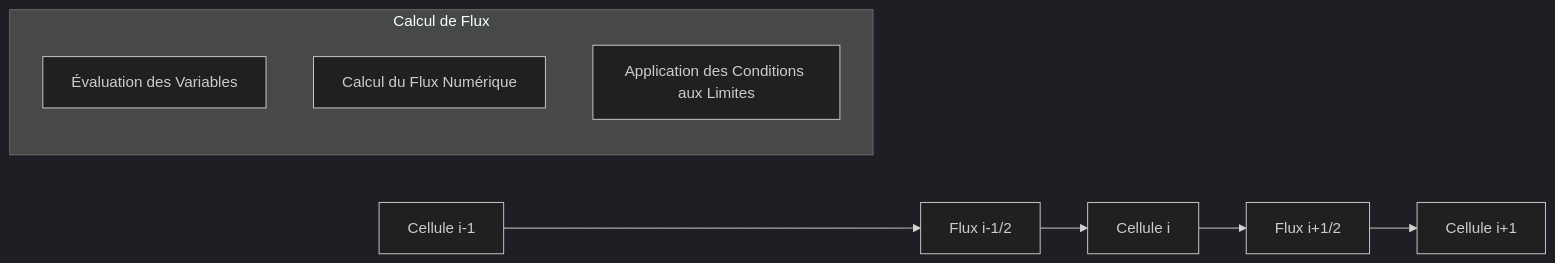
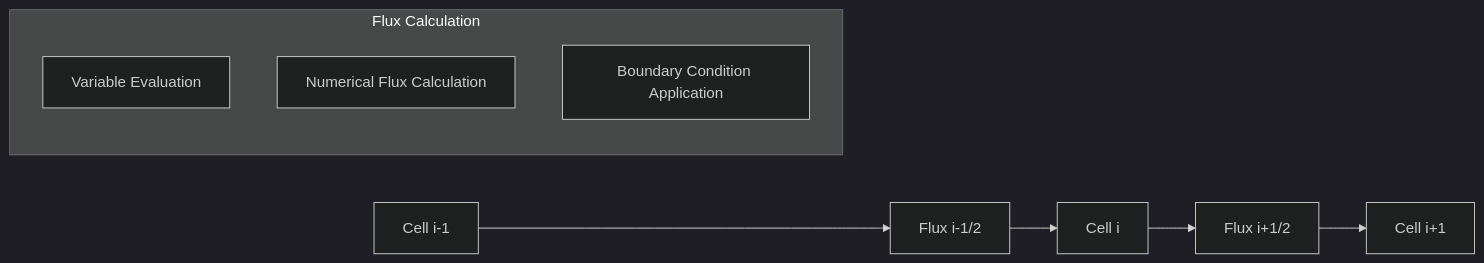
The second of 19 diagrams in docs/numerical_schemes.md (sbstndb/samurai), drawn with Mermaid (dark theme) before and after one commit. The commit also changed other lines of this file and 8 other files, not shown here.

````diff
--- a/docs/numerical_schemes.md
+++ b/docs/numerical_schemes.md
@@ -39,13 +39,13 @@
 ```mermaid
 graph LR
-    A[Cellule i-1] --> B[Flux i-1/2]
-    B --> C[Cellule i]
+    A[Cell i-1] --> B[Flux i-1/2]
+    B --> C[Cell i]
     C --> D[Flux i+1/2]
-    D --> E[Cellule i+1]
+    D --> E[Cell i+1]
     
-    subgraph "Calcul de Flux"
-        F[Évaluation des Variables]
-        G[Calcul du Flux Numérique]
-        H[Application des Conditions aux Limites]
+    subgraph "Flux Calculation"
+        F[Variable Evaluation]
+        G[Numerical Flux Calculation]
+        H[Boundary Condition Application]
     end
 ```
````
